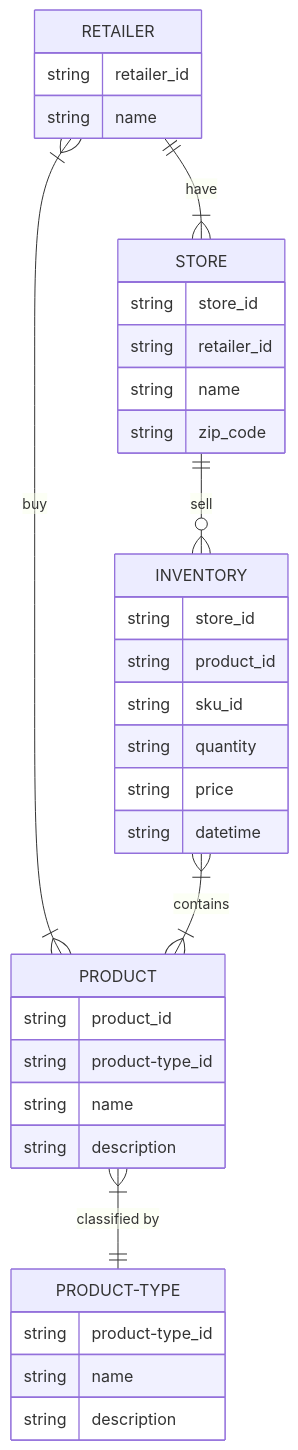
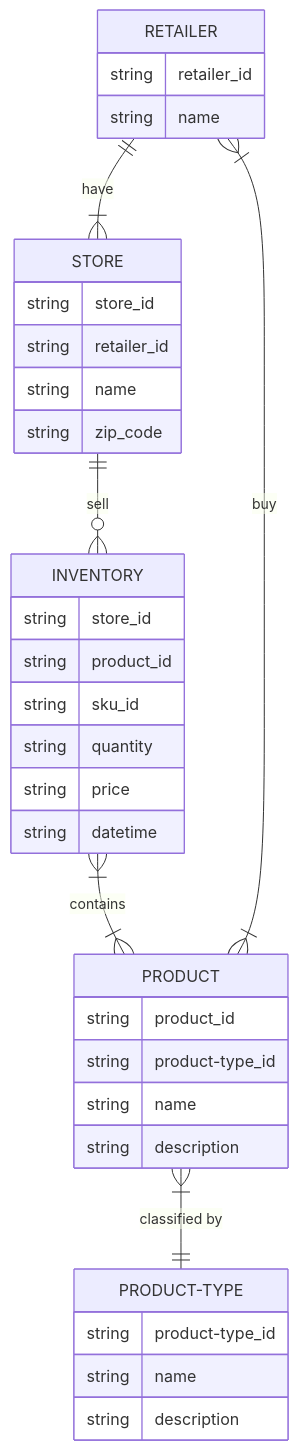
The diagram in docs/dynamodb.md (loudinb/tcr-matl-pa), drawn with Mermaid before and after one commit. The commit also changed other lines of this file, not shown here.

Commit message:
testing mermaid

````diff
--- a/docs/dynamodb.md
+++ b/docs/dynamodb.md
@@ -3,38 +3,38 @@
 ```mermaid
 erDiagram
-          RETAILER }|--|{ PRODUCT : buy
           STORE ||--O{ INVENTORY : sell
           INVENTORY }|--|{ PRODUCT : "contains"
           PRODUCT }|--|| PRODUCT-TYPE : "classified by"
           RETAILER ||--|{ STORE : have
+          RETAILER }|--|{ PRODUCT : buy
           RETAILER {
             string retailer_id
             string name
           }
           STORE {
             string store_id
             string retailer_id
             string name
             string zip_code
           }
           PRODUCT {
             string product_id
             string product-type_id
             string name
             string description
           }
           PRODUCT-TYPE {
             string product-type_id
             string name
             string description
           }
           INVENTORY {
             string store_id
             string product_id
             string sku_id
             string quantity
             string price
             string datetime
           }
 
 ```
````
